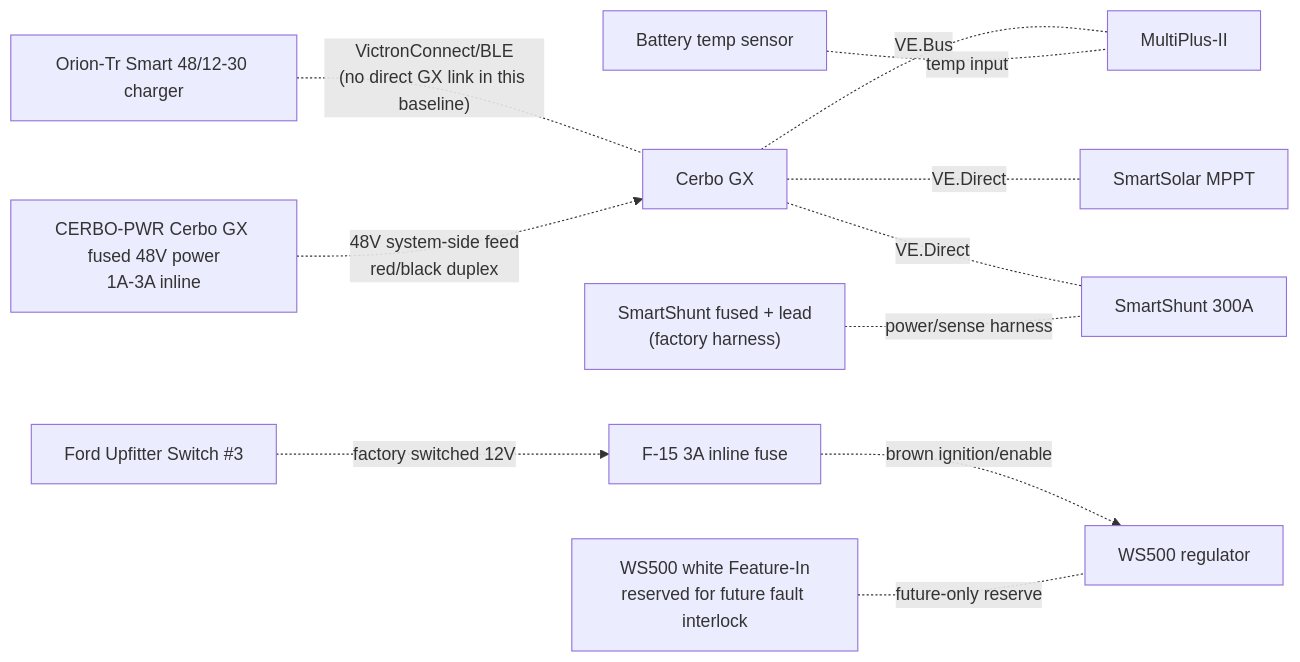
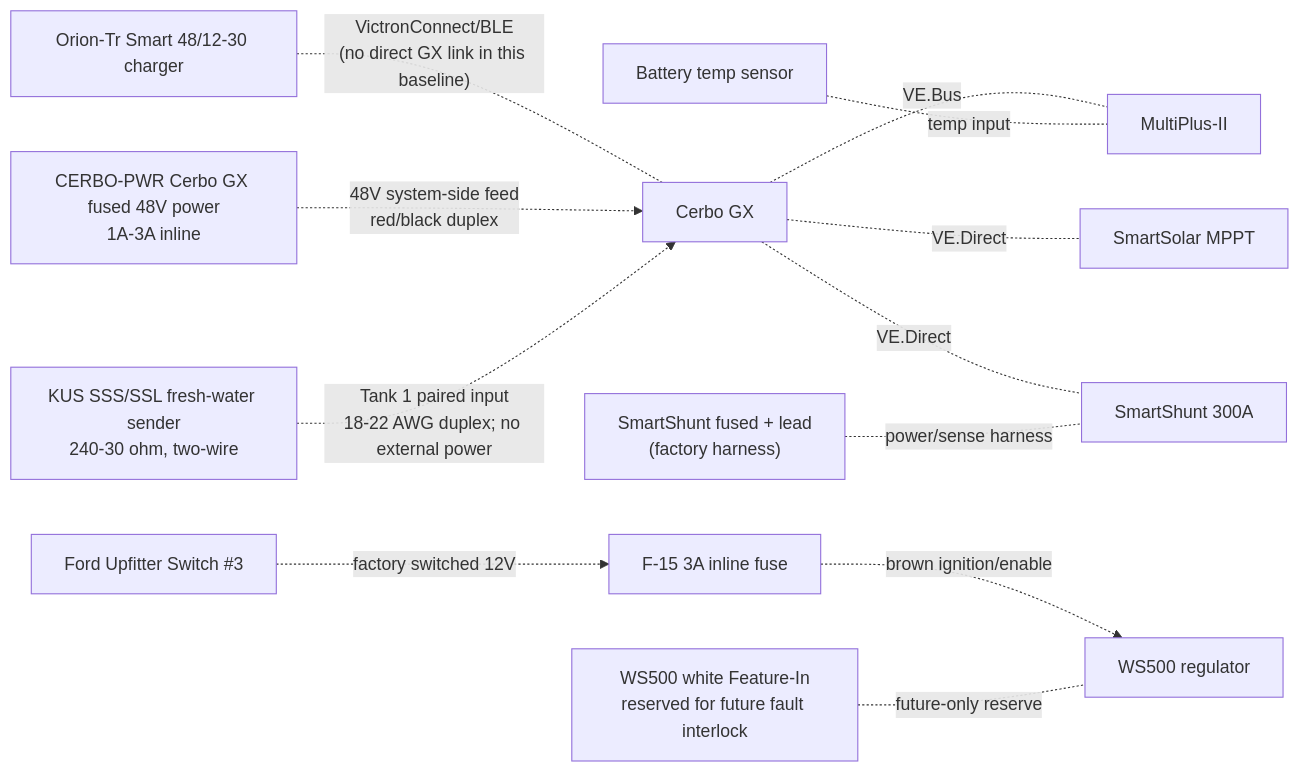
The fourth of 4 diagrams in docs/implementation/ELECTRICAL_overview_diagram.md (DataDaneDev/HiatusBuild), drawn with Mermaid before and after one commit. The commit also changed other lines of this file and 13 other files, not shown here.

Commit message:
Document KUS sender to Cerbo GX wiring

````diff
--- a/docs/implementation/ELECTRICAL_overview_diagram.md
+++ b/docs/implementation/ELECTRICAL_overview_diagram.md
@@ -298,25 +298,27 @@
 ```mermaid
 flowchart LR
     CERBO["Cerbo GX"]
     MULTI["MultiPlus-II"]
     MPPT["SmartSolar MPPT"]
     SHUNT["SmartShunt 300A"]
     ORION["Orion-Tr Smart 48/12-30 charger"]
     BTEMP["Battery temp sensor"]
     SHUNT_PWR["SmartShunt fused + lead\n(factory harness)"]
     CERBO_PWR["CERBO-PWR Cerbo GX fused 48V power\n1A-3A inline"]
+    KUS["KUS SSS/SSL fresh-water sender\n240-30 ohm, two-wire"]
     UP3["Ford Upfitter Switch #3"]
     F15["F-15 3A inline fuse"]
     WS500["WS500 regulator"]
     FEAT["WS500 white Feature-In\nreserved for future fault interlock"]
 
     CERBO -. "VE.Bus" .- MULTI
     CERBO -. "VE.Direct" .- MPPT
     CERBO -. "VE.Direct" .- SHUNT
     ORION -. "VictronConnect/BLE\n(no direct GX link in this baseline)" .- CERBO
     BTEMP -. "temp input" .- MULTI
     SHUNT_PWR -. "power/sense harness" .- SHUNT
     CERBO_PWR -. "48V system-side feed\nred/black duplex" .-> CERBO
+    KUS -. "Tank 1 paired input\n18-22 AWG duplex; no external power" .-> CERBO
     UP3 -. "factory switched 12V" .-> F15 -. "brown ignition/enable" .-> WS500
     FEAT -. "future-only reserve" .- WS500
 ```
````
